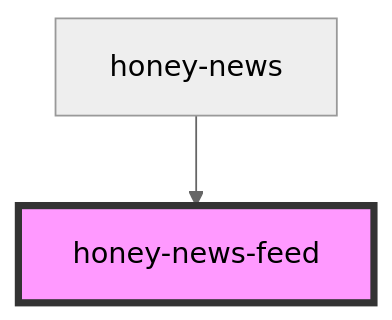
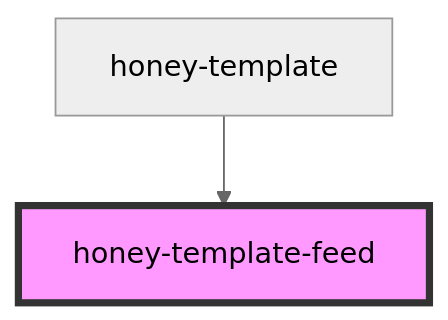
One commit to Huluvu424242/honey-template changed the diagram in src/components/honey-news/news/readme.md. Above: the diagram before and after it, drawn with Mermaid (neutral theme). The commit also changed other lines of this file and 46 other files, not shown here.

````diff
--- a/src/components/honey-news/news/readme.md
+++ b/src/components/honey-news/news/readme.md
@@ -36,5 +36,5 @@
 ```mermaid
 graph TD;
-  honey-news --> honey-news-feed
-  style honey-news-feed fill:#f9f,stroke:#333,stroke-width:4px
+  honey-template --> honey-template-feed
+  style honey-template-feed fill:#f9f,stroke:#333,stroke-width:4px
 ```
````
